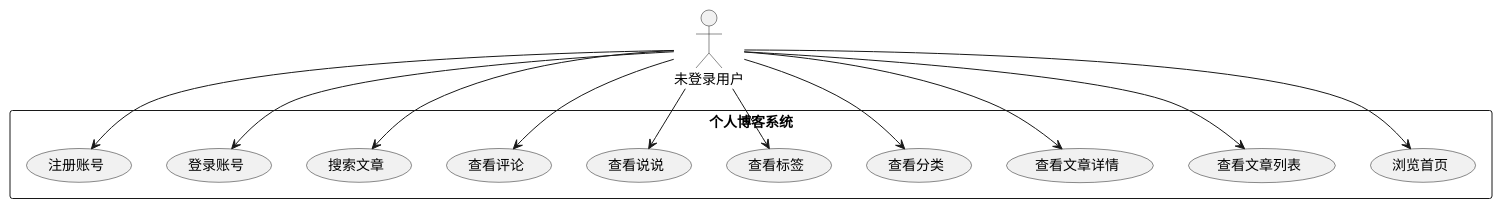
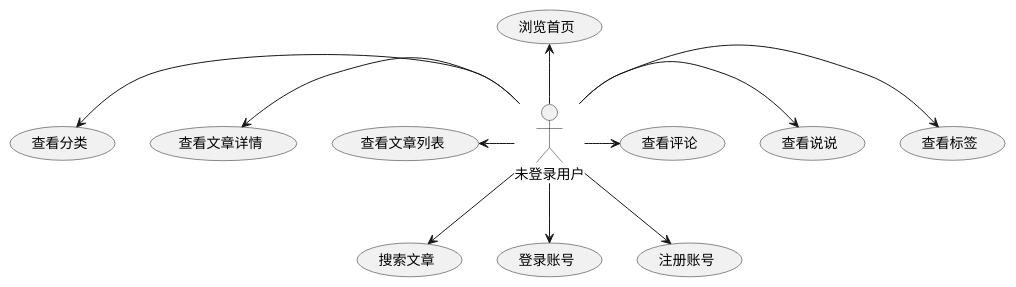
The diagram in unlogged_user_usecase.puml (yello-rush/-springvue-), drawn with PlantUML before and after one commit. The commit also changed 2 other files, not shown here.

```diff
--- a/unlogged_user_usecase.puml
+++ b/unlogged_user_usecase.puml
@@ -1,35 +1,37 @@
 @startuml
 
 ' 未登录用户功能用例图
 
 skinparam backgroundColor white
 skinparam handwritten false
 skinparam shadowing false
+skinparam packageStyle rectangle
 
+' 角色居中
 actor "未登录用户" as UnloggedUser
 
-rectangle "个人博客系统" {
-    usecase "浏览首页" as BrowseHome
-    usecase "查看文章列表" as ViewArticleList
-    usecase "查看文章详情" as ViewArticleDetail
-    usecase "查看分类" as ViewCategories
-    usecase "查看标签" as ViewTags
-    usecase "查看说说" as ViewMoments
-    usecase "查看评论" as ViewComments
-    usecase "搜索文章" as SearchArticles
-    usecase "登录账号" as Login
-    usecase "注册账号" as Register
-}
+' 功能模块围绕四周
+usecase "浏览首页" as BrowseHome
+usecase "查看文章列表" as ViewArticleList
+usecase "查看文章详情" as ViewArticleDetail
+usecase "查看分类" as ViewCategories
+usecase "查看标签" as ViewTags
+usecase "查看说说" as ViewMoments
+usecase "查看评论" as ViewComments
+usecase "搜索文章" as SearchArticles
+usecase "登录账号" as Login
+usecase "注册账号" as Register
 
-UnloggedUser --> BrowseHome
-UnloggedUser --> ViewArticleList
-UnloggedUser --> ViewArticleDetail
-UnloggedUser --> ViewCategories
-UnloggedUser --> ViewTags
-UnloggedUser --> ViewMoments
-UnloggedUser --> ViewComments
-UnloggedUser --> SearchArticles
-UnloggedUser --> Login
-UnloggedUser --> Register
+' 连接角色与用例，使用方向箭头控制位置
+UnloggedUser -up-> BrowseHome
+UnloggedUser -left-> ViewArticleList
+UnloggedUser -left-> ViewArticleDetail
+UnloggedUser -left-> ViewCategories
+UnloggedUser -right-> ViewTags
+UnloggedUser -right-> ViewMoments
+UnloggedUser -right-> ViewComments
+UnloggedUser -down-> SearchArticles
+UnloggedUser -down-> Login
+UnloggedUser -down-> Register
 
 @enduml
```
